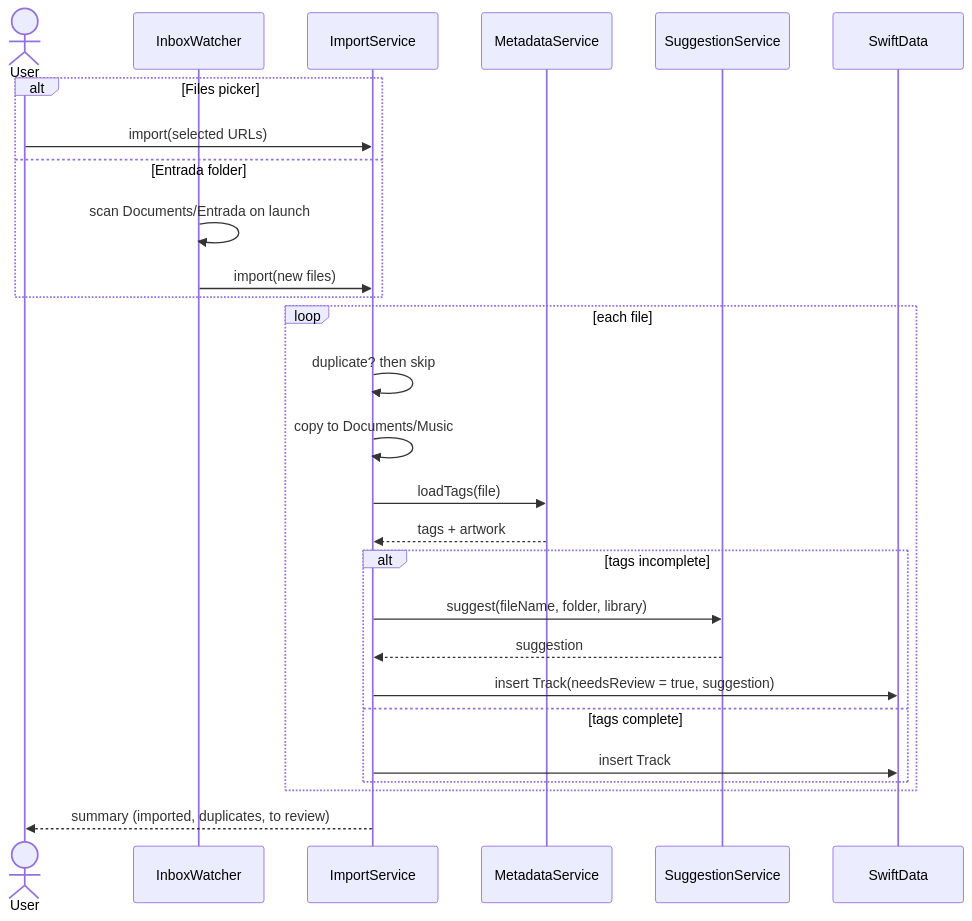
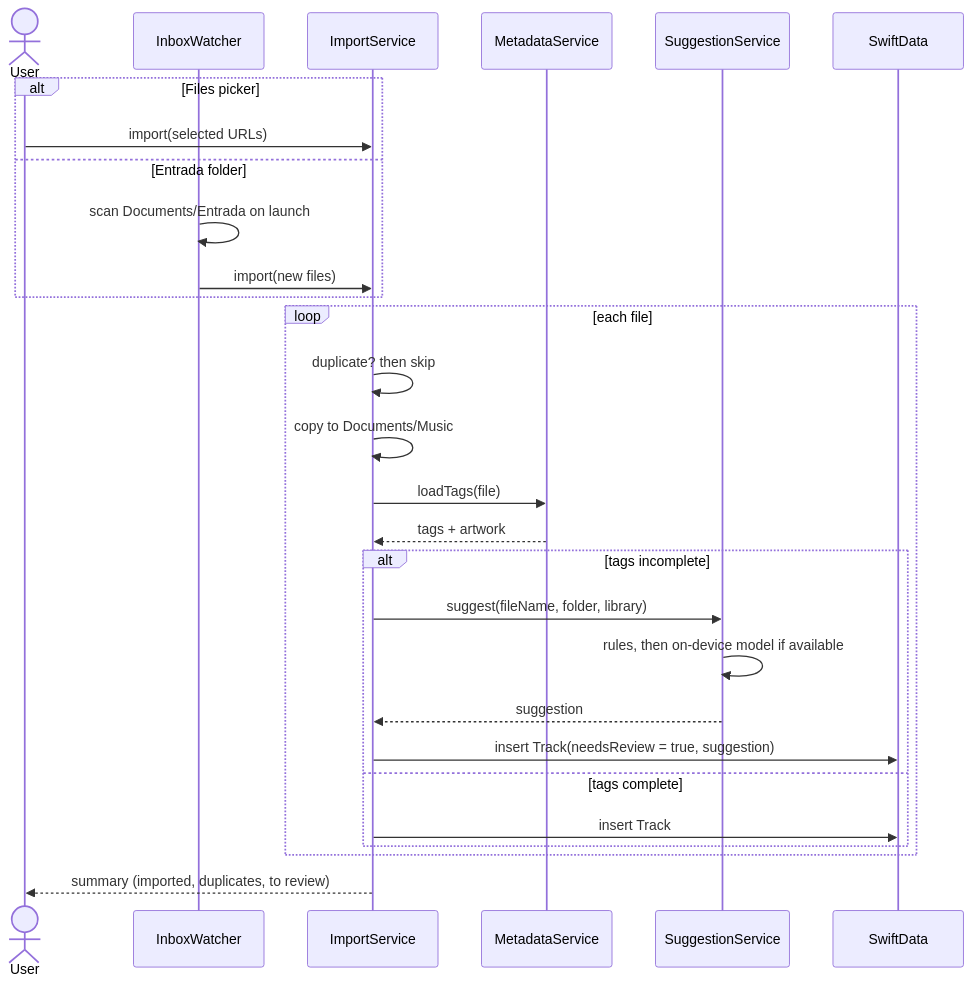
The second of 6 diagrams in docs/ARCHITECTURE.md (sabrinasalomon/CoryMusic), drawn with Mermaid before and after one commit. The commit also changed other lines of this file and 20 other files, not shown here.

````diff
--- a/docs/ARCHITECTURE.md
+++ b/docs/ARCHITECTURE.md
@@ -91,30 +104,31 @@
 ```mermaid
 sequenceDiagram
     actor U as User
     participant IW as InboxWatcher
     participant IS as ImportService
     participant MS as MetadataService
     participant SS as SuggestionService
     participant DB as SwiftData
 
     alt Files picker
         U->>IS: import(selected URLs)
     else Entrada folder
         IW->>IW: scan Documents/Entrada on launch
         IW->>IS: import(new files)
     end
     loop each file
         IS->>IS: duplicate? then skip
         IS->>IS: copy to Documents/Music
         IS->>MS: loadTags(file)
         MS-->>IS: tags + artwork
         alt tags incomplete
             IS->>SS: suggest(fileName, folder, library)
+            SS->>SS: rules, then on-device model if available
             SS-->>IS: suggestion
             IS->>DB: insert Track(needsReview = true, suggestion)
         else tags complete
             IS->>DB: insert Track
         end
     end
     IS-->>U: summary (imported, duplicates, to review)
 ```
````
